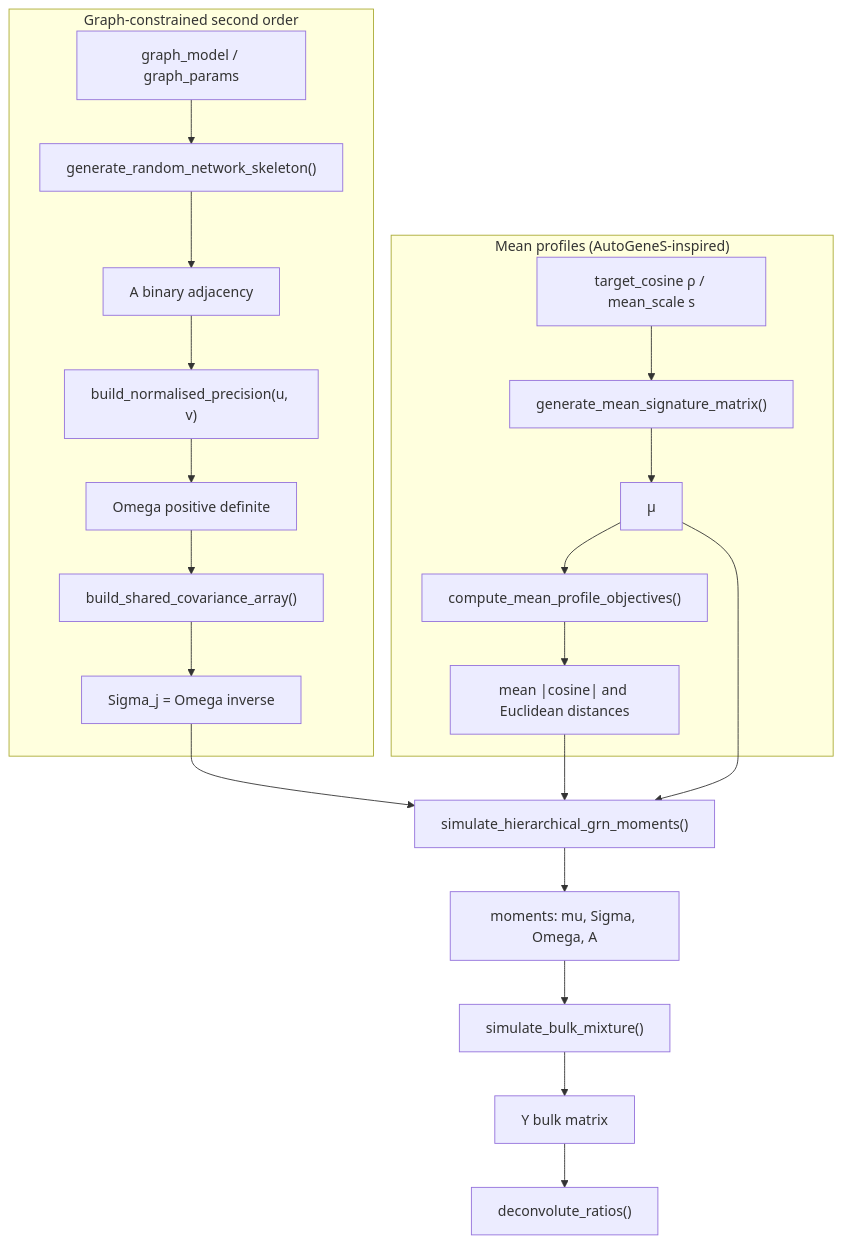
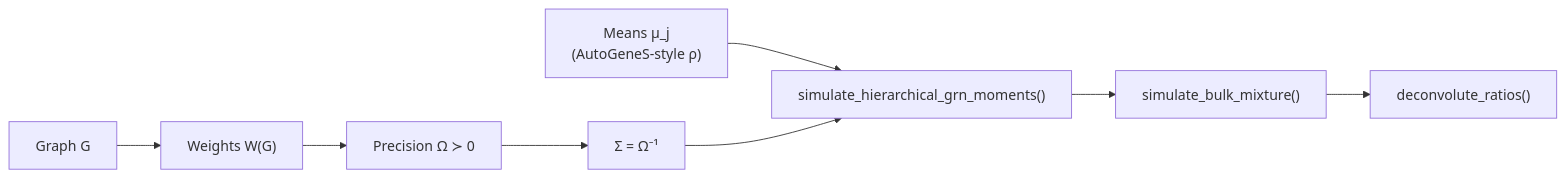
One commit to bastienchassagnol/DeCovarT changed the diagram in vignettes/figures/synthetic_grn_pipeline.mmd. Above: the diagram before and after it, drawn with Mermaid. The commit also changed 37 other files, not shown here.

```diff
--- a/vignettes/figures/synthetic_grn_pipeline.mmd
+++ b/vignettes/figures/synthetic_grn_pipeline.mmd
@@ -1,24 +1,8 @@
-flowchart TD
-  subgraph means ["Mean profiles (AutoGeneS-inspired)"]
-    P1["target_cosine ρ / mean_scale s"] --> GM["generate_mean_signature_matrix()"]
-    GM --> MU["μ"]
-    MU --> OBJ["compute_mean_profile_objectives()"]
-    OBJ --> SCORE["mean |cosine| and Euclidean distances"]
-  end
-
-  subgraph network ["Graph-constrained second order"]
-    P2["graph_model / graph_params"] --> SK["generate_random_network_skeleton()"]
-    SK --> A["A binary adjacency"]
-    A --> BP["build_normalised_precision(u, v)"]
-    BP --> OM["Omega positive definite"]
-    OM --> CV["build_shared_covariance_array()"]
-    CV --> SIG["Sigma_j = Omega inverse"]
-  end
-
-  MU --> MAIN["simulate_hierarchical_grn_moments()"]
-  SIG --> MAIN
-  SCORE --> MAIN
-  MAIN --> MOM["moments: mu, Sigma, Omega, A"]
-  MOM --> BULK["simulate_bulk_mixture()"]
-  BULK --> Y["Y bulk matrix"]
-  Y --> DEC["deconvolute_ratios()"]
+flowchart LR
+  A["Graph G"] --> B["Weights W(G)"]
+  B --> C["Precision Ω ≻ 0"]
+  C --> D["Σ = Ω⁻¹"]
+  E["Means μ_j\n(AutoGeneS-style ρ)"] --> F["simulate_hierarchical_grn_moments()"]
+  D --> F
+  F --> G["simulate_bulk_mixture()"]
+  G --> H["deconvolute_ratios()"]
```
